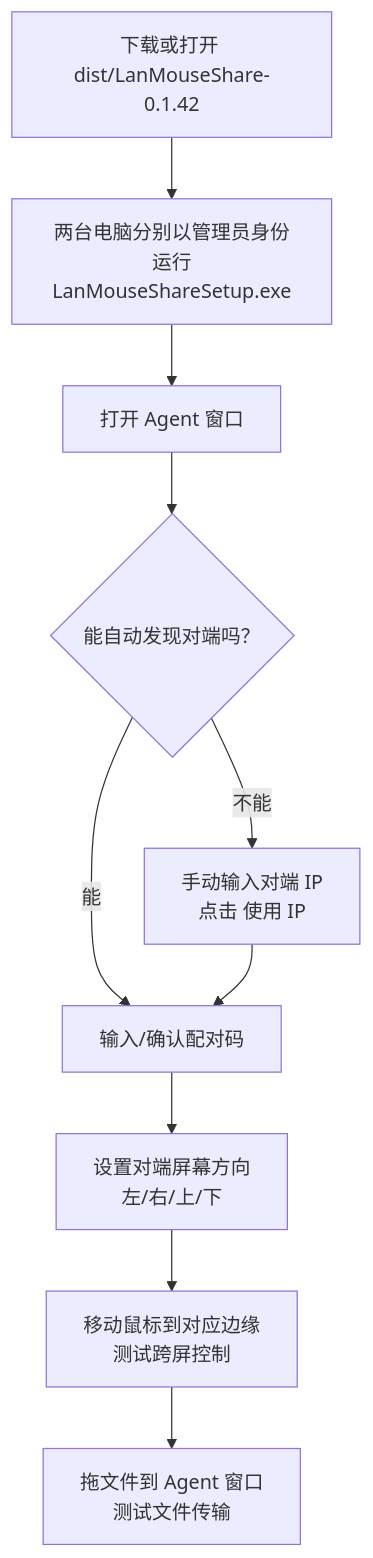
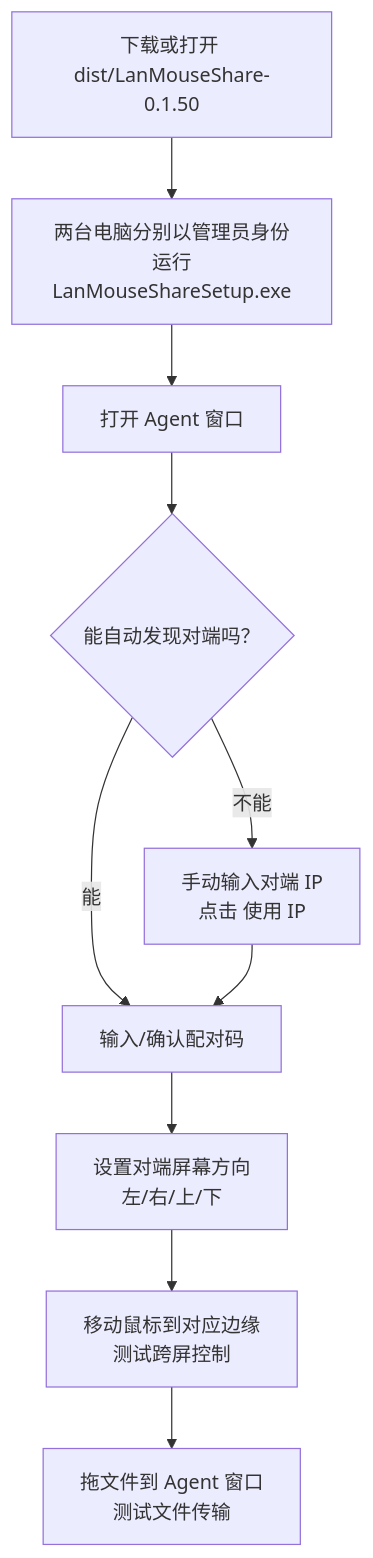
Before and after one commit to yangyangtaoyannic-dotcom/LanMouseShare: the second of 2 diagrams in PROJECT_GUIDE.md, drawn with Mermaid. The commit also changed other lines of this file and 106 other files, not shown here.

First line of the commit message:
0.2.0-beta-fix19: 剪贴板线程化、图标统一、跨屏返回手势修复、卸载能力

````diff
--- a/PROJECT_GUIDE.md
+++ b/PROJECT_GUIDE.md
@@ -48,12 +48,12 @@
 ```mermaid
 flowchart TD
-    S["下载或打开 dist/LanMouseShare-0.1.42"] --> I["两台电脑分别以管理员身份运行<br/>LanMouseShareSetup.exe"]
+    S["下载或打开 dist/LanMouseShare-0.1.50"] --> I["两台电脑分别以管理员身份运行<br/>LanMouseShareSetup.exe"]
     I --> O["打开 Agent 窗口"]
     O --> D{"能自动发现对端吗？"}
     D -->|能| P["输入/确认配对码"]
     D -->|不能| M["手动输入对端 IP<br/>点击 使用 IP"]
     M --> P
     P --> L["设置对端屏幕方向<br/>左/右/上/下"]
     L --> T["移动鼠标到对应边缘<br/>测试跨屏控制"]
     T --> F["拖文件到 Agent 窗口<br/>测试文件传输"]
 ```
````
